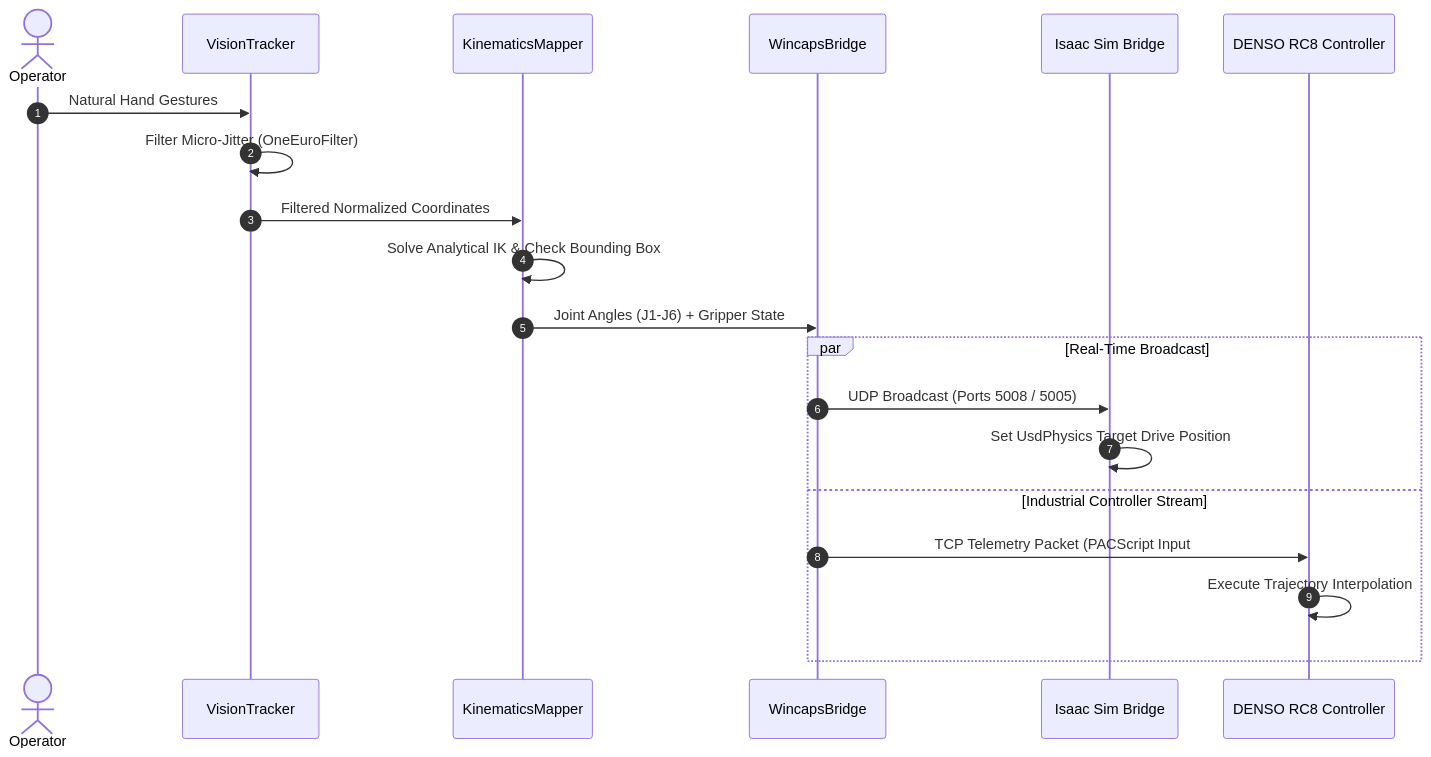
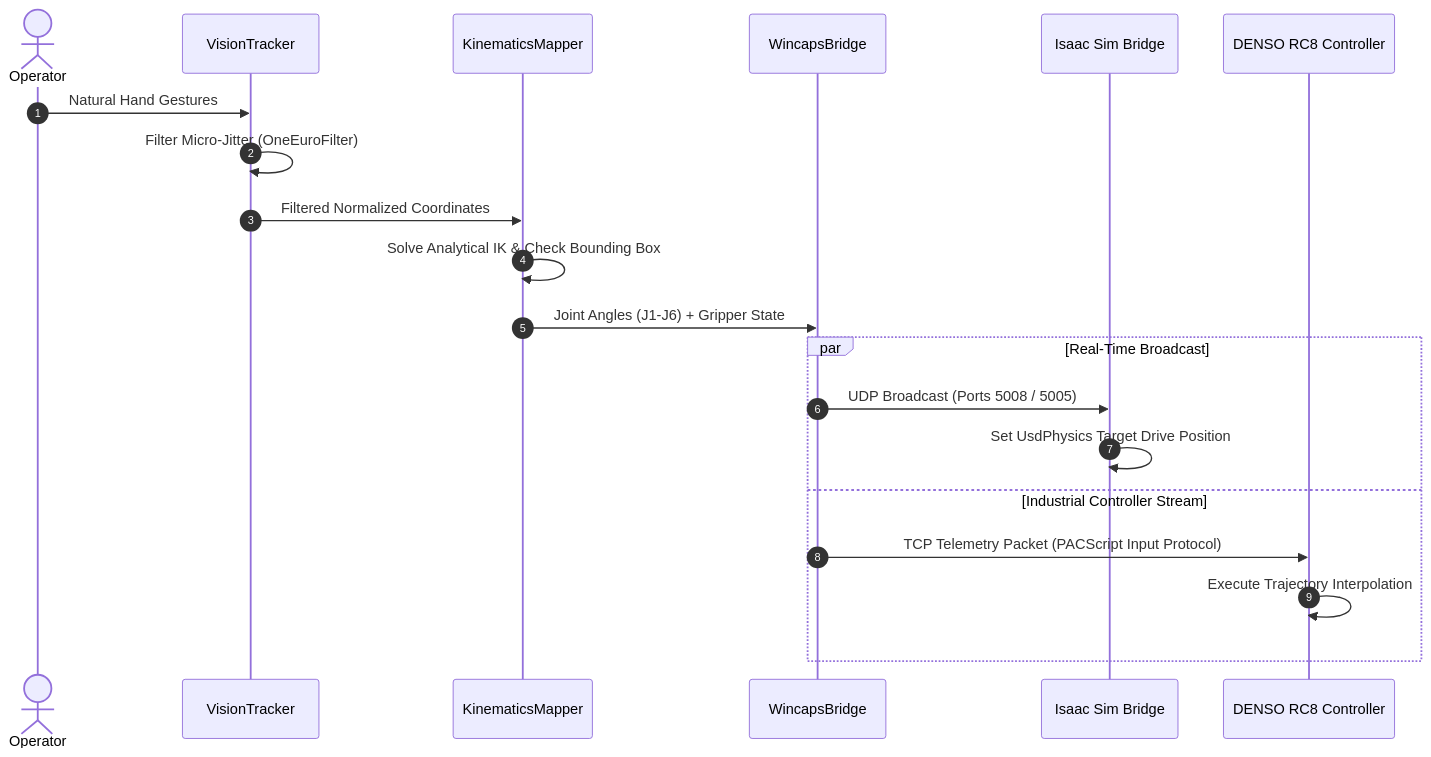
Before and after one commit to MrTonyIT/dexdenso-teleop: the second of 2 diagrams in README.md, drawn with Mermaid. The commit also changed other lines of this file, not shown here.

Commit message:
docs: fix Mermaid diagram syntax for GitHub renderer

````diff
--- a/README.md
+++ b/README.md
@@ -85,23 +85,23 @@
 ```mermaid
 sequenceDiagram
     autonumber
     actor Operator
     participant Vision as VisionTracker
     participant Mapper as KinematicsMapper
     participant Bridge as WincapsBridge
     participant Isaac as Isaac Sim Bridge
     participant RC8 as DENSO RC8 Controller
 
     Operator->>Vision: Natural Hand Gestures
     Vision->>Vision: Filter Micro-Jitter (OneEuroFilter)
     Vision->>Mapper: Filtered Normalized Coordinates
     Mapper->>Mapper: Solve Analytical IK & Check Bounding Box
     Mapper->>Bridge: Joint Angles (J1-J6) + Gripper State
     par Real-Time Broadcast
         Bridge->>Isaac: UDP Broadcast (Ports 5008 / 5005)
         Isaac->>Isaac: Set UsdPhysics Target Drive Position
     and Industrial Controller Stream
-        Bridge->>RC8: TCP Telemetry Packet (PACScript Input #1)
+        Bridge->>RC8: TCP Telemetry Packet (PACScript Input Protocol)
         RC8->>RC8: Execute Trajectory Interpolation
     end
 ```
````
